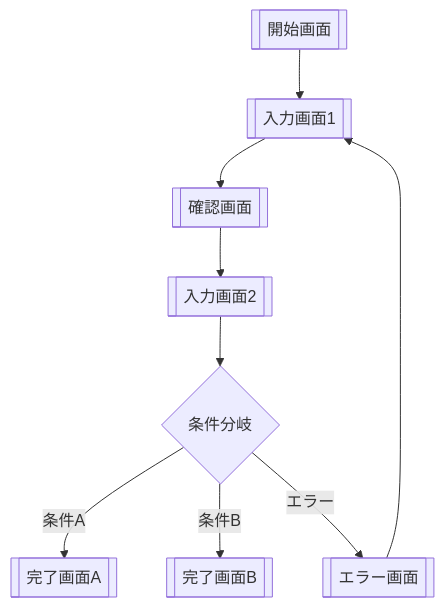
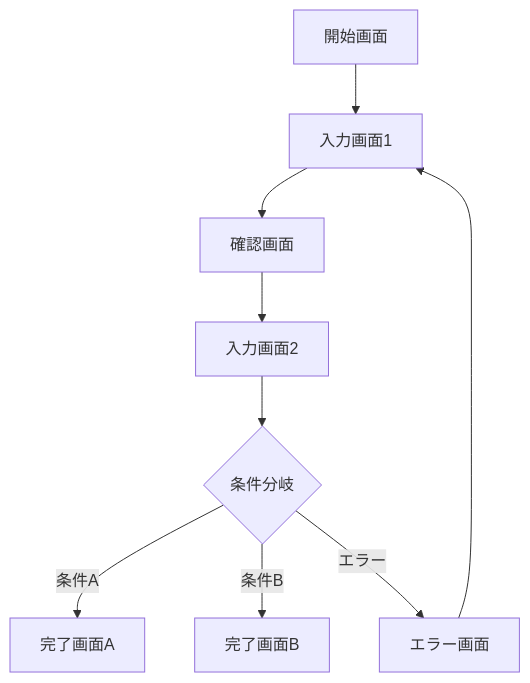
Before and after one commit to MasaruFukazawa/designdocs-sample.fukazawasoftwaredevelopment.com: the third of 3 diagrams in docs/design/source/screen/diagram.rst, drawn with Mermaid. The commit also changed other lines of this file and 8 other files, not shown here.

First line of the commit message:
feat: Mermaidルール統一とサンプルダイアグラム修正

```diff
--- a/docs/design/source/screen/diagram.rst
+++ b/docs/design/source/screen/diagram.rst
@@ -71,21 +69,20 @@
 .. mermaid::
 
-   %%{init: {"theme": "default"}}%%
    graph TD
-       A[[ 開始画面 ]]
-       B[[ 入力画面1 ]]
-       C[[ 確認画面 ]]
-       D[[ 入力画面2 ]]
+       A[開始画面]
+       B[入力画面1]
+       C[確認画面]
+       D[入力画面2]
        E{条件分岐}
-       F[[ 完了画面A ]]
-       G[[ 完了画面B ]]
-       H[[ エラー画面 ]]
+       F[完了画面A]
+       G[完了画面B]
+       H[エラー画面]
        
        A --> B
        B --> C
        C --> D
        D --> E
        E -->|条件A| F
        E -->|条件B| G
        E -->|エラー| H
        H --> B
```
